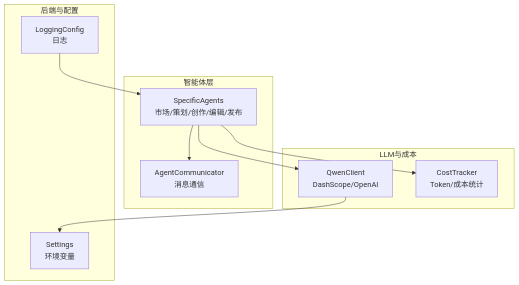
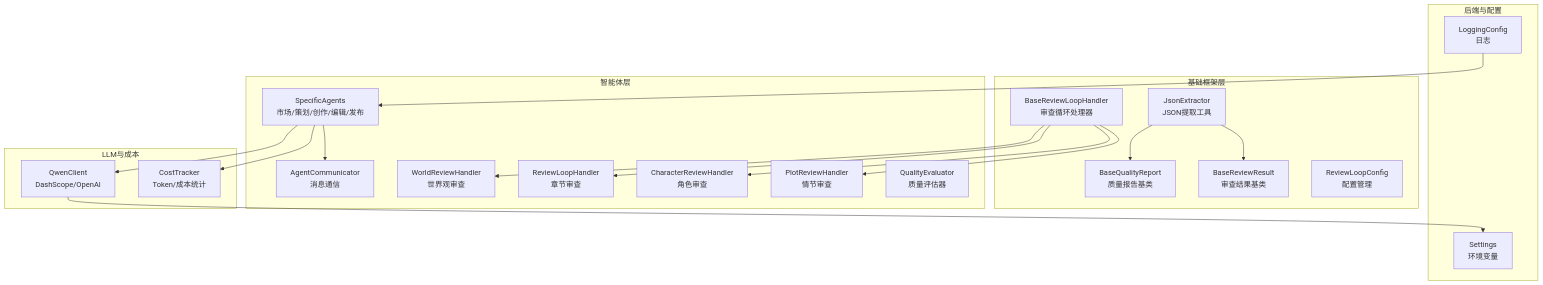
Before and after one commit to xfbyxq/ai-novel-system: the first of 10 diagrams in .qoder/repowiki/zh/content/AI智能体系统/AI智能体系统.md, drawn with Mermaid. The commit also changed other lines of this file and 10 other files, not shown here.

````diff
--- a/.qoder/repowiki/zh/content/AI智能体系统/AI智能体系统.md
+++ b/.qoder/repowiki/zh/content/AI智能体系统/AI智能体系统.md
@@ -54,20 +70,38 @@
 ```mermaid
 graph TB
+subgraph "基础框架层"
+JX["JsonExtractor<br/>JSON提取工具"]
+QR["BaseQualityReport<br/>质量报告基类"]
+RR["BaseReviewResult<br/>审查结果基类"]
+RLB["BaseReviewLoopHandler<br/>审查循环处理器"]
+RLC["ReviewLoopConfig<br/>配置管理"]
+end
 subgraph "智能体层"
 AC["AgentCommunicator<br/>消息通信"]
 SA["SpecificAgents<br/>市场/策划/创作/编辑/发布"]
+WR["WorldReviewHandler<br/>世界观审查"]
+RL["ReviewLoopHandler<br/>章节审查"]
+CR["CharacterReviewHandler<br/>角色审查"]
+PR["PlotReviewHandler<br/>情节审查"]
+QE["QualityEvaluator<br/>质量评估器"]
 end
 subgraph "LLM与成本"
 QC["QwenClient<br/>DashScope/OpenAI"]
 CT["CostTracker<br/>Token/成本统计"]
 end
 subgraph "后端与配置"
 CFG["Settings<br/>环境变量"]
 LOG["LoggingConfig<br/>日志"]
 end
+JX --> QR
+JX --> RR
+RLB --> WR
+RLB --> RL
+RLB --> CR
+RLB --> PR
 SA --> AC
 SA --> QC
 SA --> CT
 QC --> CFG
 LOG --> SA
 ```
````
